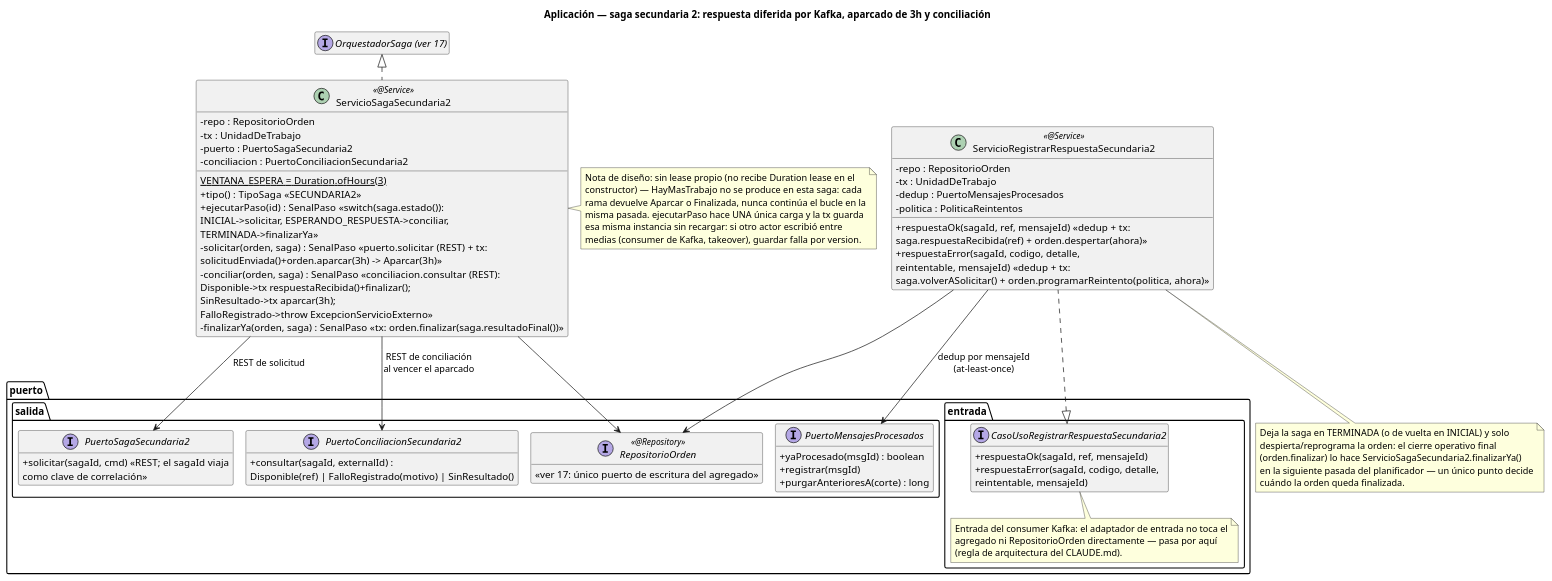
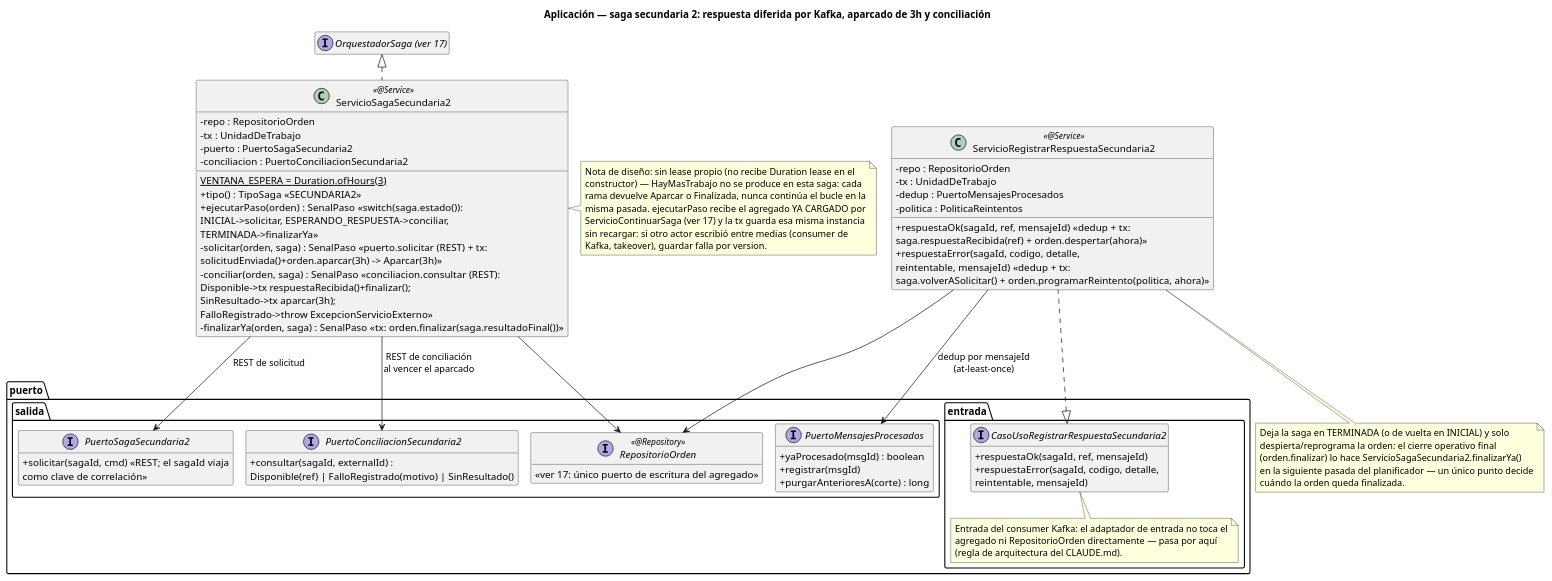
Before and after one commit to ralcazar/patrones: the diagram in order-manager/docs/20-clases-aplicacion-saga-secundaria2.puml, drawn with PlantUML. The commit also changed 36 other files, not shown here.

First line of the commit message:
Fix takeover seguro en el reintento + desmontar continuar()

```diff
--- a/order-manager/docs/20-clases-aplicacion-saga-secundaria2.puml
+++ b/order-manager/docs/20-clases-aplicacion-saga-secundaria2.puml
@@ -1,82 +1,83 @@
 @startuml 20-clases-aplicacion-saga-secundaria2
 title Aplicación — saga secundaria 2: respuesta diferida por Kafka, aparcado de 3h y conciliación
 !pragma layout smetana
 hide empty members
 skinparam classAttributeIconSize 0
 
 package "puerto.entrada" {
   interface CasoUsoRegistrarRespuestaSecundaria2 {
     +respuestaOk(sagaId, ref, mensajeId)
     +respuestaError(sagaId, codigo, detalle,\nreintentable, mensajeId)
   }
   note bottom of CasoUsoRegistrarRespuestaSecundaria2
     Entrada del consumer Kafka: el adaptador de entrada no toca el
     agregado ni RepositorioOrden directamente — pasa por aquí
     (regla de arquitectura del CLAUDE.md).
   end note
 }
 
 interface "OrquestadorSaga (ver 17)" as Base
 
 class ServicioSagaSecundaria2 <<@Service>> {
   {static} VENTANA_ESPERA = Duration.ofHours(3)
   -repo : RepositorioOrden
   -tx : UnidadDeTrabajo
   -puerto : PuertoSagaSecundaria2
   -conciliacion : PuertoConciliacionSecundaria2
   +tipo() : TipoSaga  «SECUNDARIA2»
-  +ejecutarPaso(id) : SenalPaso  «switch(saga.estado()):\nINICIAL->solicitar, ESPERANDO_RESPUESTA->conciliar,\nTERMINADA->finalizarYa»
+  +ejecutarPaso(orden) : SenalPaso  «switch(saga.estado()):\nINICIAL->solicitar, ESPERANDO_RESPUESTA->conciliar,\nTERMINADA->finalizarYa»
   -solicitar(orden, saga) : SenalPaso  «puerto.solicitar (REST) + tx:\nsolicitudEnviada()+orden.aparcar(3h) -> Aparcar(3h)»
   -conciliar(orden, saga) : SenalPaso  «conciliacion.consultar (REST):\nDisponible->tx respuestaRecibida()+finalizar();\nSinResultado->tx aparcar(3h);\nFalloRegistrado->throw ExcepcionServicioExterno»
   -finalizarYa(orden, saga) : SenalPaso  «tx: orden.finalizar(saga.resultadoFinal())»
 }
 note right of ServicioSagaSecundaria2
   Nota de diseño: sin lease propio (no recibe Duration lease en el
   constructor) — HayMasTrabajo no se produce en esta saga: cada
   rama devuelve Aparcar o Finalizada, nunca continúa el bucle en la
-  misma pasada. ejecutarPaso hace UNA única carga y la tx guarda
-  esa misma instancia sin recargar: si otro actor escribió entre
-  medias (consumer de Kafka, takeover), guardar falla por version.
+  misma pasada. ejecutarPaso recibe el agregado YA CARGADO por
+  ServicioContinuarSaga (ver 17) y la tx guarda esa misma instancia
+  sin recargar: si otro actor escribió entre medias (consumer de
+  Kafka, takeover), guardar falla por version.
 end note
 
 class ServicioRegistrarRespuestaSecundaria2 <<@Service>> {
   -repo : RepositorioOrden
   -tx : UnidadDeTrabajo
   -dedup : PuertoMensajesProcesados
   -politica : PoliticaReintentos
   +respuestaOk(sagaId, ref, mensajeId)  «dedup + tx:\nsaga.respuestaRecibida(ref) + orden.despertar(ahora)»
   +respuestaError(sagaId, codigo, detalle,\nreintentable, mensajeId)  «dedup + tx:\nsaga.volverASolicitar() + orden.programarReintento(politica, ahora)»
 }
 note bottom of ServicioRegistrarRespuestaSecundaria2
   Deja la saga en TERMINADA (o de vuelta en INICIAL) y solo
   despierta/reprograma la orden: el cierre operativo final
   (orden.finalizar) lo hace ServicioSagaSecundaria2.finalizarYa()
   en la siguiente pasada del planificador — un único punto decide
   cuándo la orden queda finalizada.
 end note
 
 package "puerto.salida" {
   interface RepositorioOrden <<@Repository>> {
     «ver 17: único puerto de escritura del agregado»
   }
   interface PuertoSagaSecundaria2 {
     +solicitar(sagaId, cmd)  «REST; el sagaId viaja\ncomo clave de correlación»
   }
   interface PuertoConciliacionSecundaria2 {
     +consultar(sagaId, externalId) :\nDisponible(ref) | FalloRegistrado(motivo) | SinResultado()
   }
   interface PuertoMensajesProcesados {
     +yaProcesado(msgId) : boolean
     +registrar(msgId)
     +purgarAnterioresA(corte) : long
   }
 }
 
 CasoUsoRegistrarRespuestaSecundaria2 <|.. ServicioRegistrarRespuestaSecundaria2
 Base <|.. ServicioSagaSecundaria2
 ServicioSagaSecundaria2 --> RepositorioOrden
 ServicioSagaSecundaria2 --> PuertoSagaSecundaria2 : REST de solicitud
 ServicioSagaSecundaria2 --> PuertoConciliacionSecundaria2 : REST de conciliación\nal vencer el aparcado
 ServicioRegistrarRespuestaSecundaria2 --> RepositorioOrden
 ServicioRegistrarRespuestaSecundaria2 --> PuertoMensajesProcesados : dedup por mensajeId\n(at-least-once)
 @enduml
```
